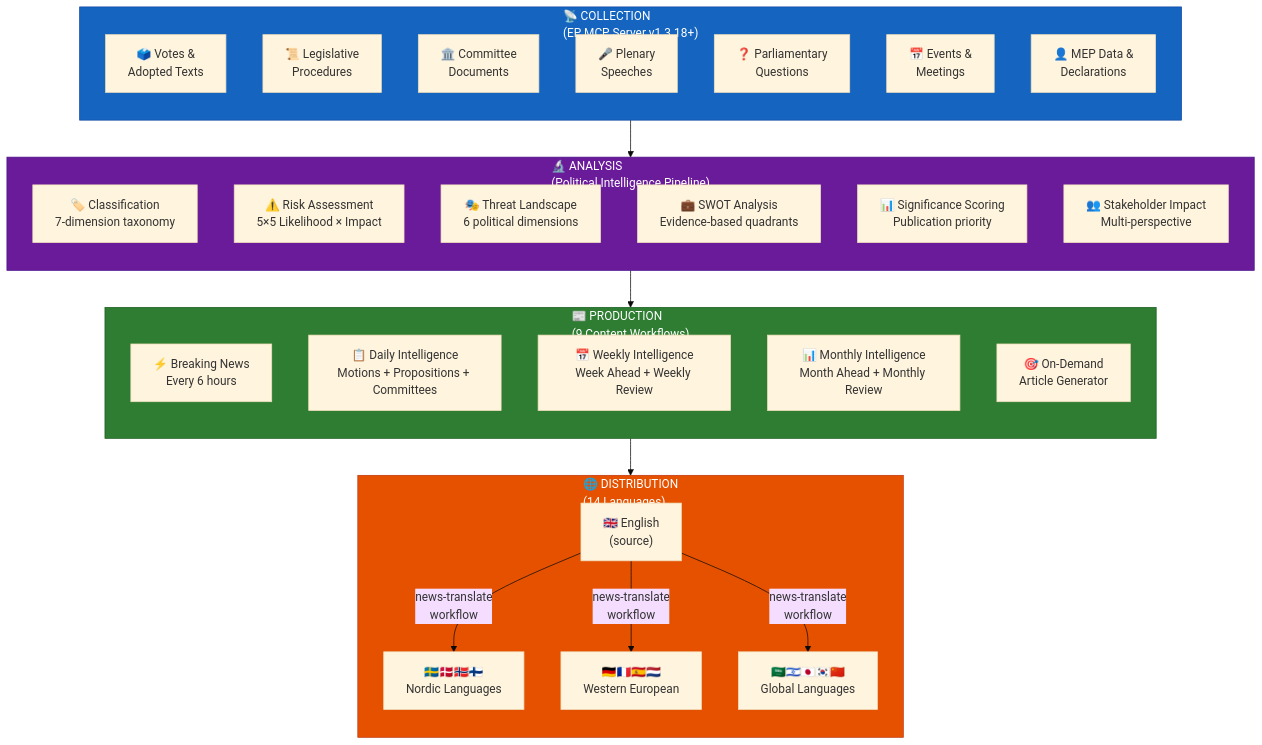
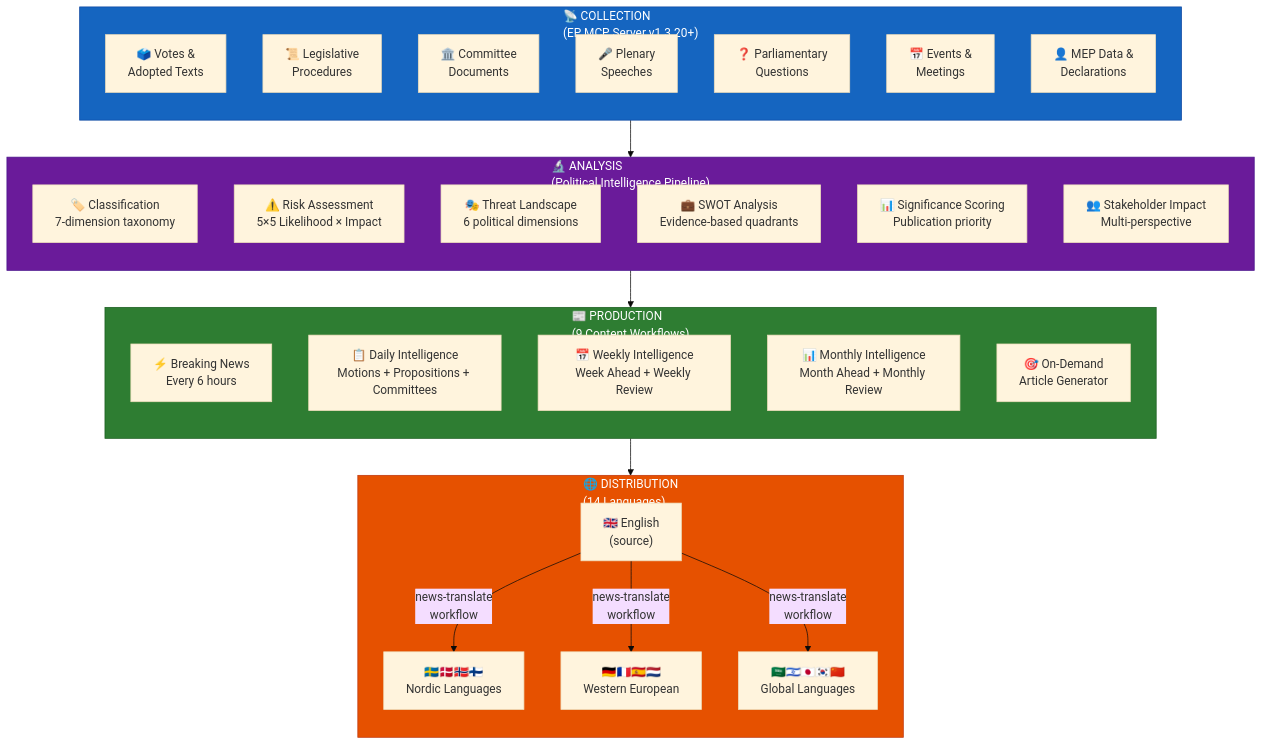
Diagram 20 of 23 in WORKFLOWS.md (Hack23/euparliamentmonitor), drawn with Mermaid (base theme) before and after one commit. The commit also changed other lines of this file and 58 other files, not shown here.

````diff
--- a/WORKFLOWS.md
+++ b/WORKFLOWS.md
@@ -2130,48 +2130,48 @@
 ```mermaid
 flowchart TD
-    subgraph Collection["📡 COLLECTION<br/>(EP MCP Server v1.3.18+)"]
+    subgraph Collection["📡 COLLECTION<br/>(EP MCP Server v1.3.20+)"]
         direction TB
         C1["🗳️ Votes &<br/>Adopted Texts"]
         C2["📜 Legislative<br/>Procedures"]
         C3["🏛️ Committee<br/>Documents"]
         C4["🎤 Plenary<br/>Speeches"]
         C5["❓ Parliamentary<br/>Questions"]
         C6["📅 Events &<br/>Meetings"]
         C7["👤 MEP Data &<br/>Declarations"]
     end
 
     subgraph Analysis["🔬 ANALYSIS<br/>(Political Intelligence Pipeline)"]
         direction TB
         A1["🏷️ Classification<br/>7-dimension taxonomy"]
         A2["⚠️ Risk Assessment<br/>5×5 Likelihood × Impact"]
         A3["🎭 Threat Landscape<br/>6 political dimensions"]
         A4["💼 SWOT Analysis<br/>Evidence-based quadrants"]
         A5["📊 Significance Scoring<br/>Publication priority"]
         A6["👥 Stakeholder Impact<br/>Multi-perspective"]
     end
 
     subgraph Production["📰 PRODUCTION<br/>(9 Content Workflows)"]
         direction TB
         P1["⚡ Breaking News<br/>Every 6 hours"]
         P2["📋 Daily Intelligence<br/>Motions + Propositions + Committees"]
         P3["📅 Weekly Intelligence<br/>Week Ahead + Weekly Review"]
         P4["📊 Monthly Intelligence<br/>Month Ahead + Monthly Review"]
         P5["🎯 On-Demand<br/>Article Generator"]
     end
 
     subgraph Distribution["🌐 DISTRIBUTION<br/>(14 Languages)"]
         direction TB
         D1["🇬🇧 English<br/>(source)"]
         D2["🇸🇪🇩🇰🇳🇴🇫🇮<br/>Nordic Languages"]
         D3["🇩🇪🇫🇷🇪🇸🇳🇱<br/>Western European"]
         D4["🇸🇦🇮🇱🇯🇵🇰🇷🇨🇳<br/>Global Languages"]
     end
 
     Collection --> Analysis --> Production --> D1
     D1 --> |"news-translate<br/>workflow"| D2 & D3 & D4
 
     style Collection fill:#1565C0,stroke:#0D47A1,color:#FFFFFF
     style Analysis fill:#6A1B9A,stroke:#4A148C,color:#FFFFFF
     style Production fill:#2E7D32,stroke:#1B5E20,color:#FFFFFF
     style Distribution fill:#E65100,stroke:#BF360C,color:#FFFFFF
 ```
````
